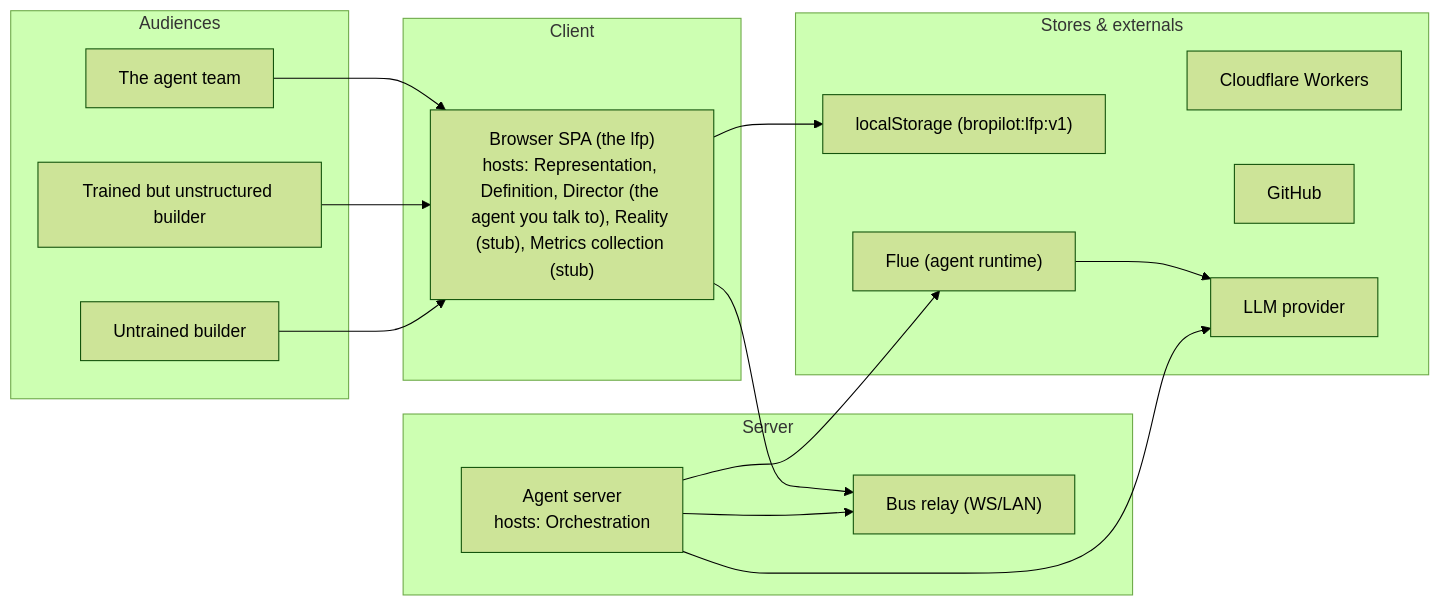
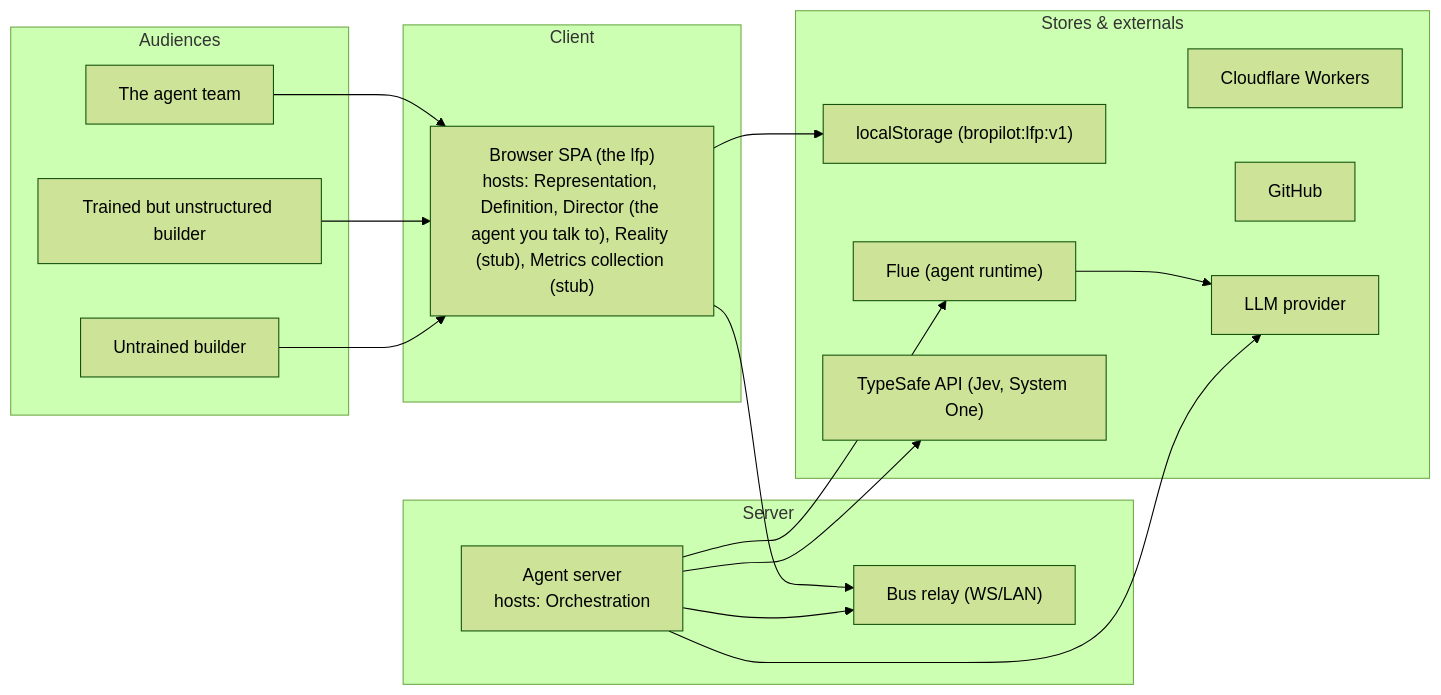
The first of 11 diagrams in lfp/docs/ARCHITECTURE.md (sdawka/bropilot), drawn with Mermaid (forest theme) before and after one commit. The commit also changed 43 other files, not shown here.

````diff
--- a/lfp/docs/ARCHITECTURE.md
+++ b/lfp/docs/ARCHITECTURE.md
@@ -9,31 +9,33 @@
 ```mermaid
 flowchart LR
   subgraph audiences["Audiences"]
     audience_agent_team["The agent team"]
     audience_trained_unstructured["Trained but unstructured builder"]
     audience_untrained_builder["Untrained builder"]
   end
   subgraph client["Client"]
     infra_browser_spa["Browser SPA (the lfp)<br/>hosts: Representation, Definition, Director (the agent you talk to), Reality (stub), Metrics collection (stub)"]
   end
   subgraph server["Server"]
     infra_agent_server["Agent server<br/>hosts: Orchestration"]
     infra_relay_ws["Bus relay (WS/LAN)"]
   end
   subgraph stores["Stores & externals"]
     infra_localstorage["localStorage (bropilot:lfp:v1)"]
     external_deploy["Cloudflare Workers"]
     external_flue["Flue (agent runtime)"]
     external_github["GitHub"]
     external_llm["LLM provider"]
+    external_typesafe["TypeSafe API (Jev, System One)"]
   end
   audience_agent_team --> infra_browser_spa
   audience_trained_unstructured --> infra_browser_spa
   audience_untrained_builder --> infra_browser_spa
   external_flue --> external_llm
   infra_agent_server --> external_flue
   infra_agent_server --> external_llm
   infra_browser_spa --> infra_relay_ws
   infra_agent_server --> infra_relay_ws
   infra_browser_spa --> infra_localstorage
+  infra_agent_server --> external_typesafe
 ```
````
